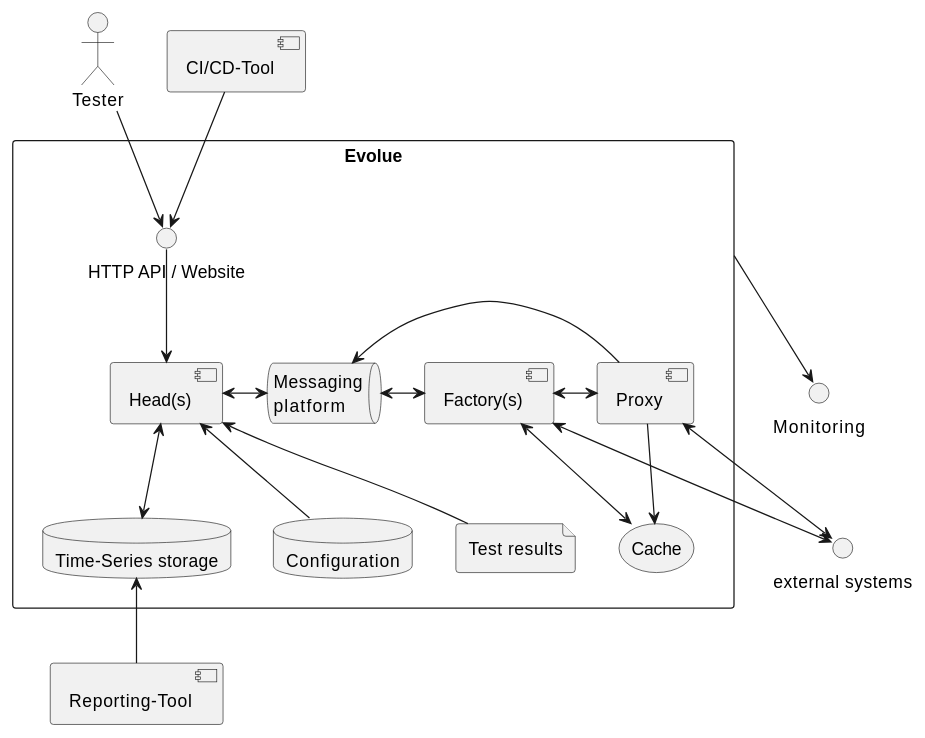
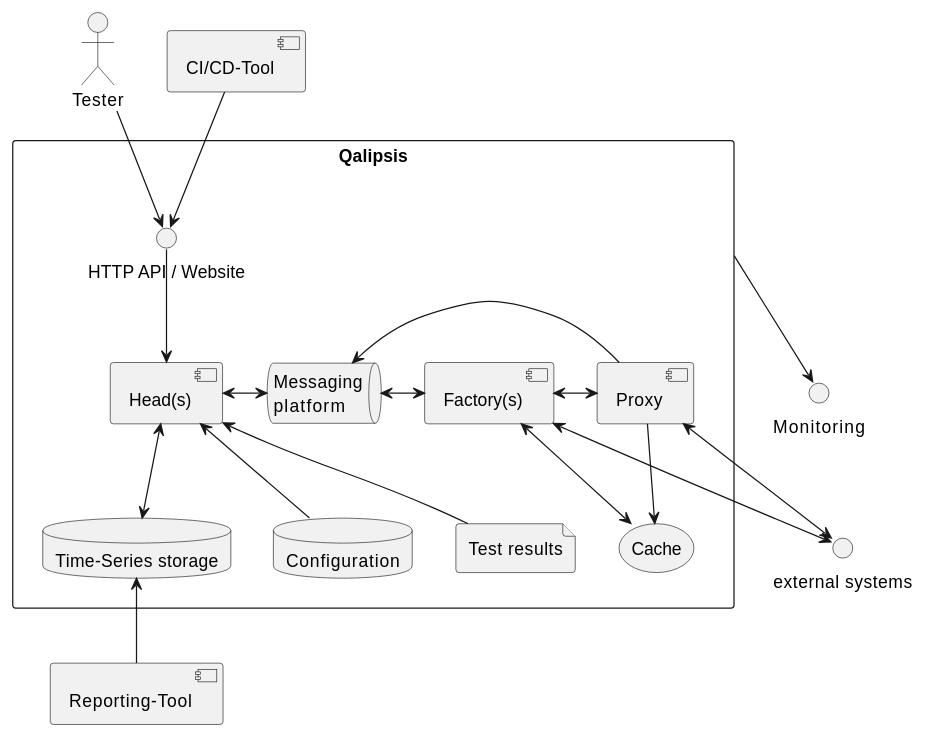
The first of 6 diagrams in developer-documentation/src/main/asciidoc/architecture/src/05_building_block_view.adoc (qalipsis/qalipsis-oss), drawn with PlantUML before and after one commit. The commit also changed other lines of this file and 673 other files, not shown here.

```diff
--- a/developer-documentation/src/main/asciidoc/architecture/src/05_building_block_view.adoc
+++ b/developer-documentation/src/main/asciidoc/architecture/src/05_building_block_view.adoc
@@ -7,44 +7,44 @@
-[plantuml,evolue-whitebox-overall-system,png]
+[plantuml,qalipsis-whitebox-overall-system,png]
 ----
 skinparam componentStyle uml2
 
 interface "external systems" as external
 interface "Monitoring" as monitoring
 actor Tester as tester
 component "CI/CD-Tool" as ci
 component "Reporting-Tool" as reporting
 
-rectangle "Evolue" as evolue {
+rectangle "Qalipsis" as qalipsis {
   interface "HTTP API / Website" as http
 
   component "Head(s)" as head
   component "Factory(s)" as factory
   component "Proxy" as proxy
 
   database Configuration as config
   database "Time-Series storage" as ts
   storage "Cache" as cache
   file "Test results" as results
   queue "Messaging\nplatform" as messaging_platform
 
   http -down-> head
 
   head <-> messaging_platform
   head <-down-> ts
   head <-down- config
   head <-down- results
   messaging_platform <-> factory
   factory <-down-> cache
   factory <-down-> external
   factory <-right-> proxy
   proxy <-down-> external
   proxy -left-> messaging_platform
   proxy -down-> cache
 }
 
 tester -down-> http
 ci -down-> http
 reporting -up-> ts
-evolue -down-> monitoring
+qalipsis -down-> monitoring
 
 ----
```
